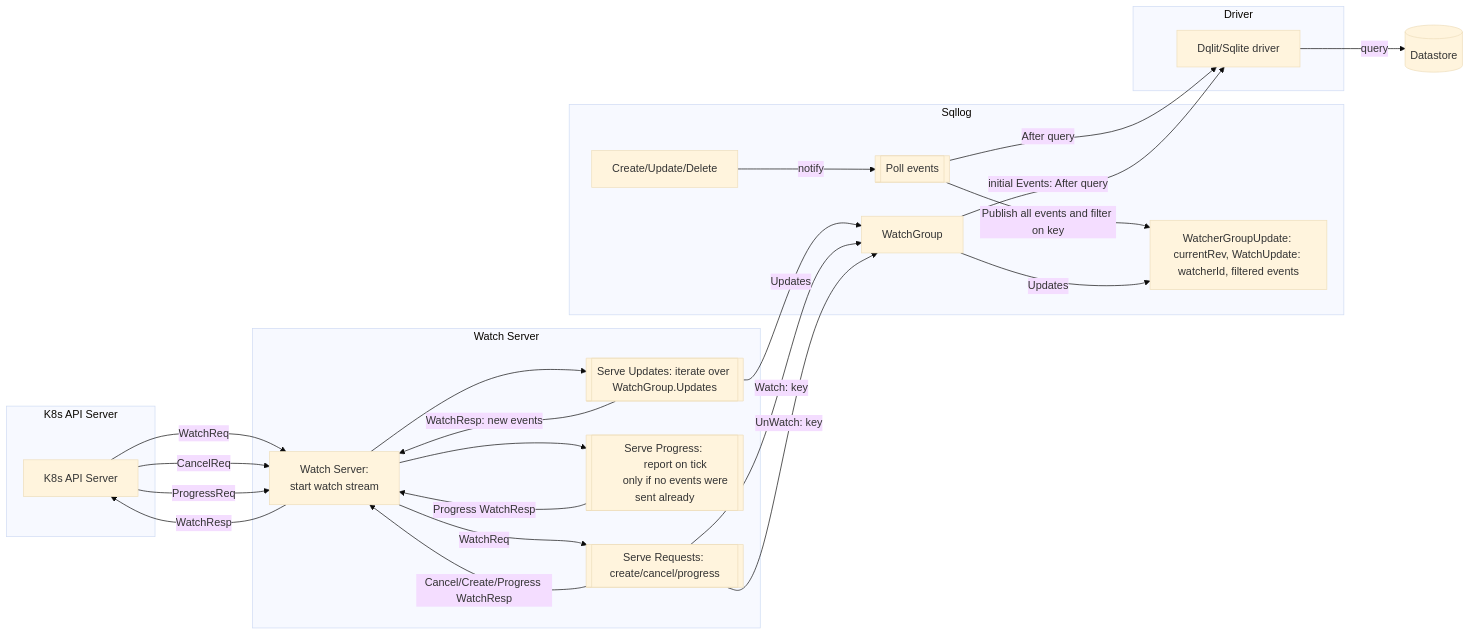
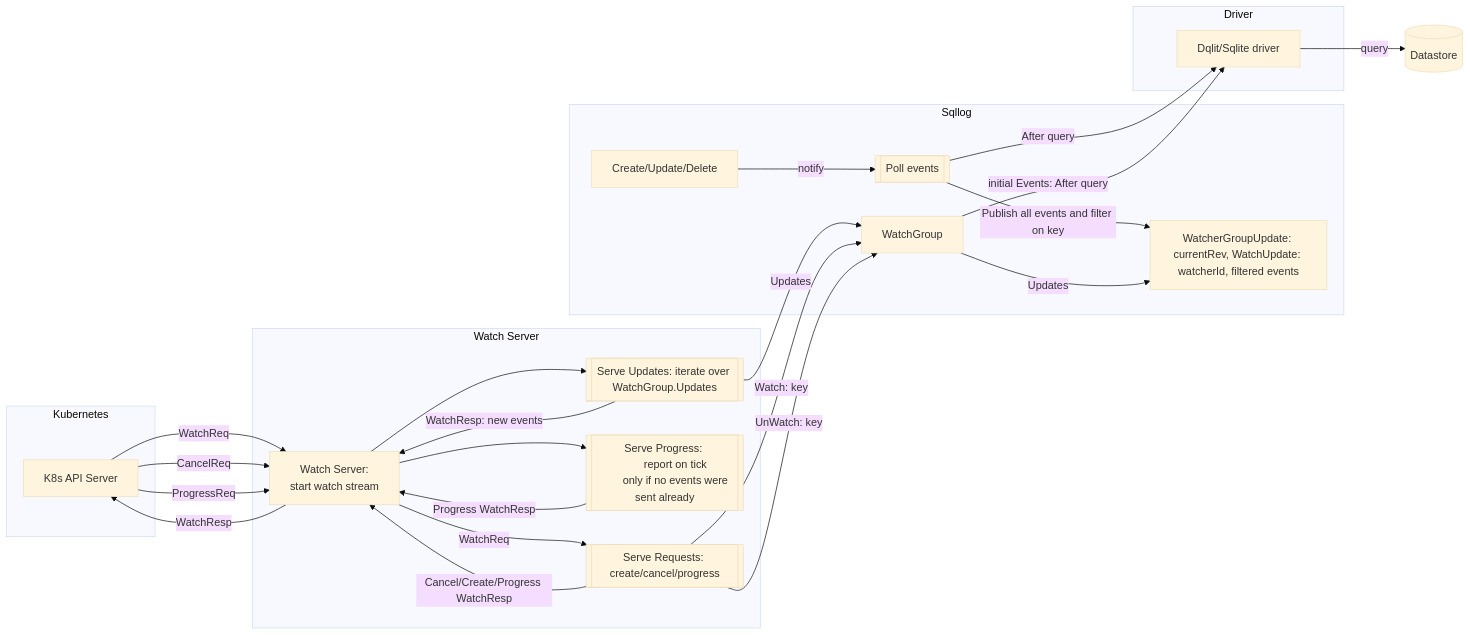
The second of 2 diagrams in docs/adr/002-watch-synchronization.md (canonical/k8s-dqlite), drawn with Mermaid (base theme) before and after one commit. The commit also changed other lines of this file and 1 other file, not shown here.

Commit message:
add previous arch diagram

````diff
--- a/docs/adr/002-watch-synchronization.md
+++ b/docs/adr/002-watch-synchronization.md
@@ -25,40 +62,40 @@
 ```mermaid
 graph LR
-    subgraph K8s API Server
+    subgraph Kubernetes
         A[K8s API Server];
     end
         A -- WatchReq --> B[Watch Server: 
         start watch stream];
         A -- CancelReq --> B;
         A -- ProgressReq --> B;
         B -- WatchResp --> A;
 
     subgraph Watch Server
         B;
         B --> D[[Serve Updates: iterate over WatchGroup.Updates]];
         D -- WatchResp: new events --> B;
         
         B --> E[[Serve Progress: 
         report on tick 
         only if no events were sent already]];
         E -- Progress WatchResp--> B;
         B -- WatchReq--> F[[Serve Requests: create/cancel/progress]];
         F -- Cancel/Create/Progress WatchResp --> B;
     end
         D -- Updates --> G;
         F -- Watch: key  --> G;
         F -- UnWatch: key --> G;
     subgraph Sqllog
         G[WatchGroup];
         L[WatcherGroupUpdate: currentRev, WatchUpdate: watcherId, filtered events ];
         J[Create/Update/Delete]-- notify --> K[Poll events];
         K[[Poll events]]
         K -- Publish all events and filter on key --> L; 
     end
         H[Dqlit/Sqlite driver] -- query --> I[(Datastore)];
         K -- After query --> H;
     subgraph Driver
         G -- initial Events: After query--> H;
         G -- Updates --> L;
     end
 ```
````
